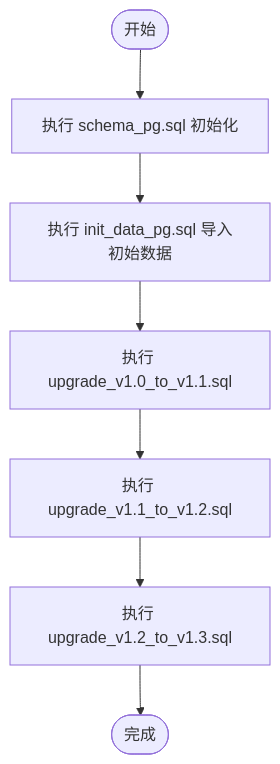
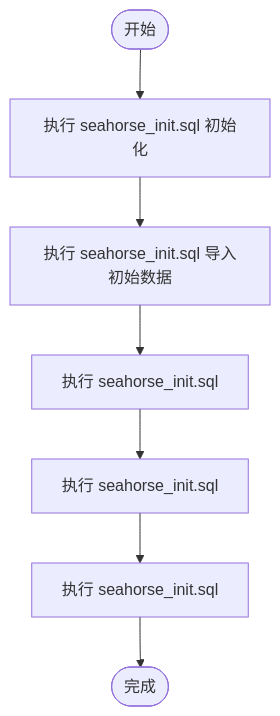
The third of 9 diagrams in docs/zh/content/部署配置/基础设施配置.md (onceMisery/seahorse-agent), drawn with Mermaid before and after one commit. The commit also changed other lines of this file and 31 other files, not shown here.

First line of the commit message:
refactor: merge all DDL into seahorse_init.sql, delete redundant scripts

````diff
--- a/docs/zh/content/部署配置/基础设施配置.md
+++ b/docs/zh/content/部署配置/基础设施配置.md
@@ -158,9 +158,9 @@
 ```mermaid
 flowchart TD
-Start(["开始"]) --> Init["执行 schema_pg.sql 初始化"]
-Init --> Seed["执行 init_data_pg.sql 导入初始数据"]
-Seed --> Upgrade1["执行 upgrade_v1.0_to_v1.1.sql"]
-Upgrade1 --> Upgrade2["执行 upgrade_v1.1_to_v1.2.sql"]
-Upgrade2 --> Upgrade3["执行 upgrade_v1.2_to_v1.3.sql"]
+Start(["开始"]) --> Init["执行 seahorse_init.sql 初始化"]
+Init --> Seed["执行 seahorse_init.sql 导入初始数据"]
+Seed --> Upgrade1["执行 seahorse_init.sql"]
+Upgrade1 --> Upgrade2["执行 seahorse_init.sql"]
+Upgrade2 --> Upgrade3["执行 seahorse_init.sql"]
 Upgrade3 --> Done(["完成"])
 ```
````
